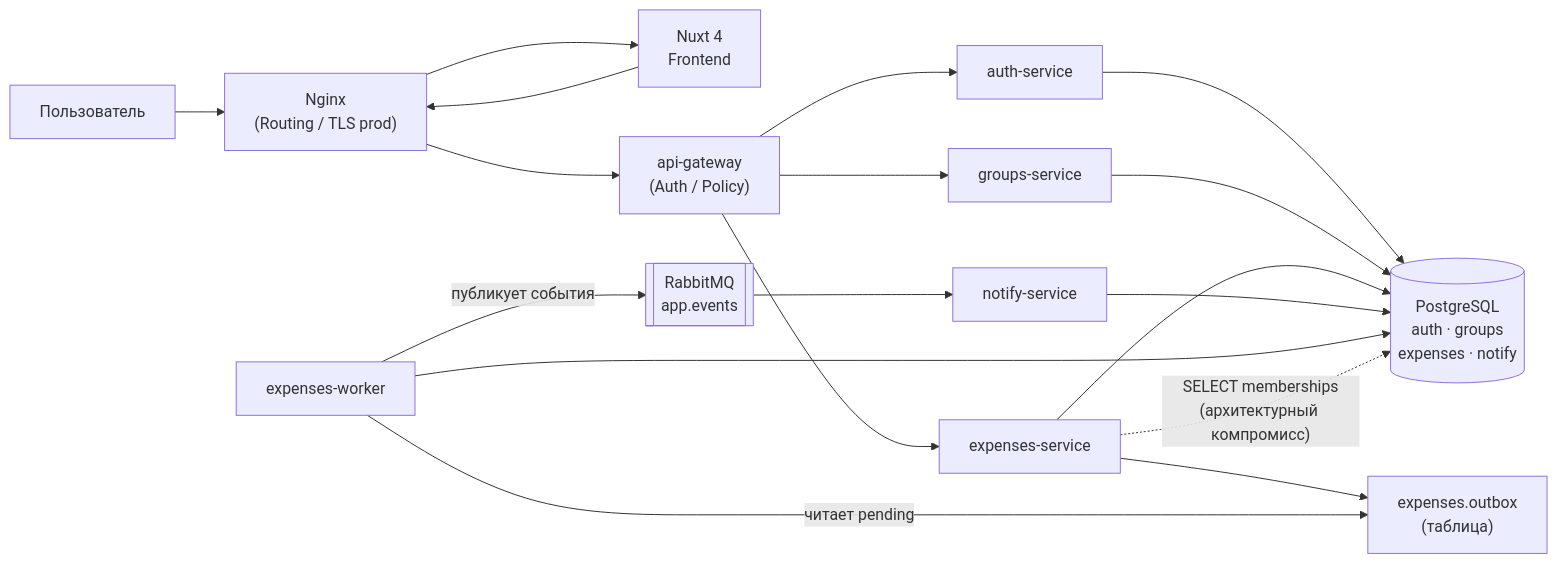
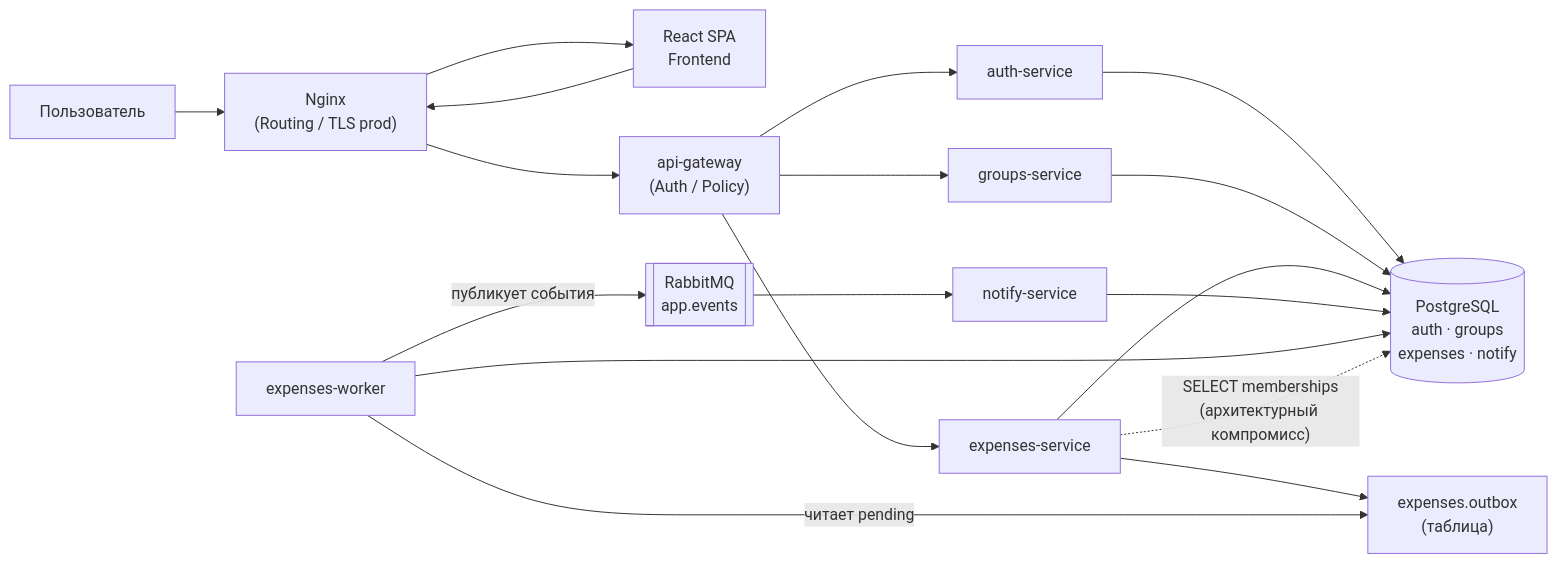
One commit to Vertenz/vkr-text changed the diagram in 1_4_проектирование_архитектуры.md. Above: the diagram before and after it, drawn with Mermaid. The commit also changed other lines of this file and 5 other files, not shown here.

````diff
--- a/1_4_проектирование_архитектуры.md
+++ b/1_4_проектирование_архитектуры.md
@@ -27,20 +27,20 @@
 ```mermaid
 flowchart LR
     U["Пользователь"] --> N["Nginx\n(Routing / TLS prod)"]
-    N --> FE["Nuxt 4\nFrontend"]
+    N --> FE["React SPA\nFrontend"]
     N --> GW["api-gateway\n(Auth / Policy)"]
     FE --> N
     GW --> A["auth-service"]
     GW --> G["groups-service"]
     GW --> E["expenses-service"]
     A --> PG[("PostgreSQL\nauth · groups\nexpenses · notify")]
     G --> PG
     E --> PG
     NS["notify-service"] --> PG
     EW["expenses-worker"] --> PG
     E --> OUT["expenses.outbox\n(таблица)"]
     EW -- "читает pending" --> OUT
     EW -- "публикует события" --> RMQ[["RabbitMQ\napp.events"]]
     RMQ --> NS
     E -. "SELECT memberships\n(архитектурный компромисс)" .-> PG
 ```
````
